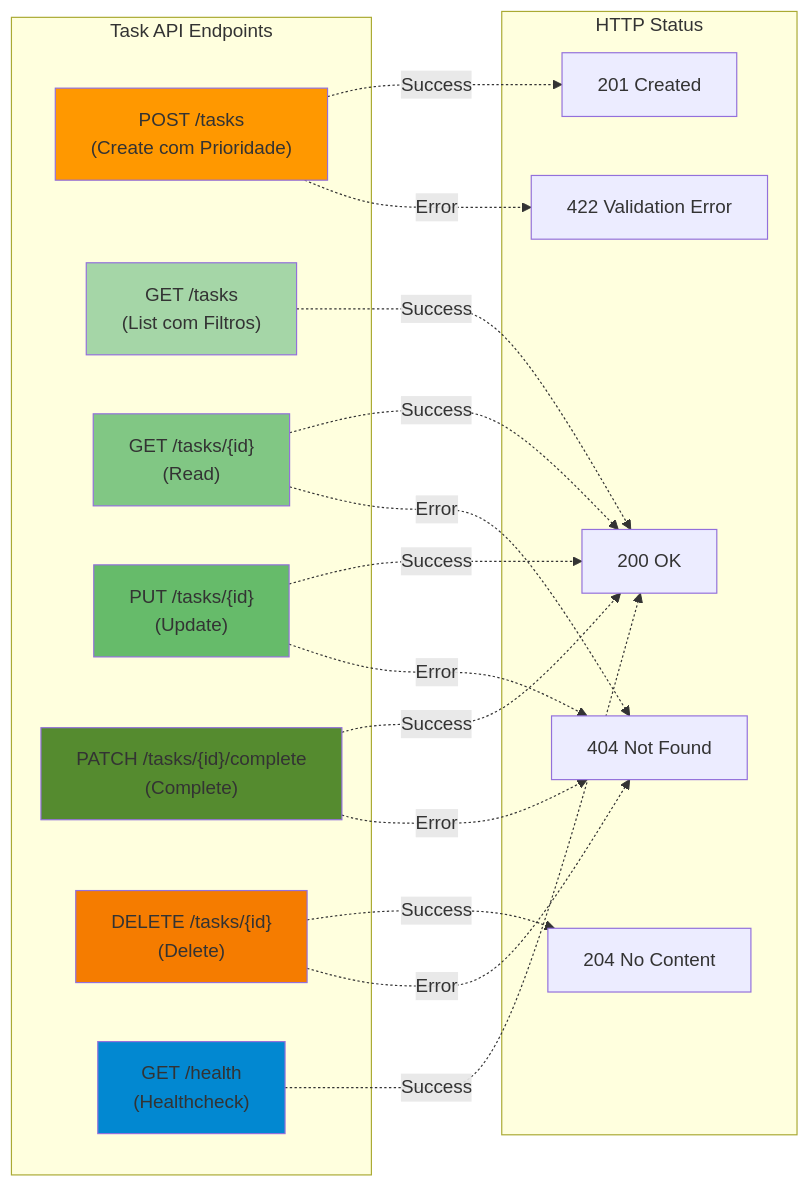
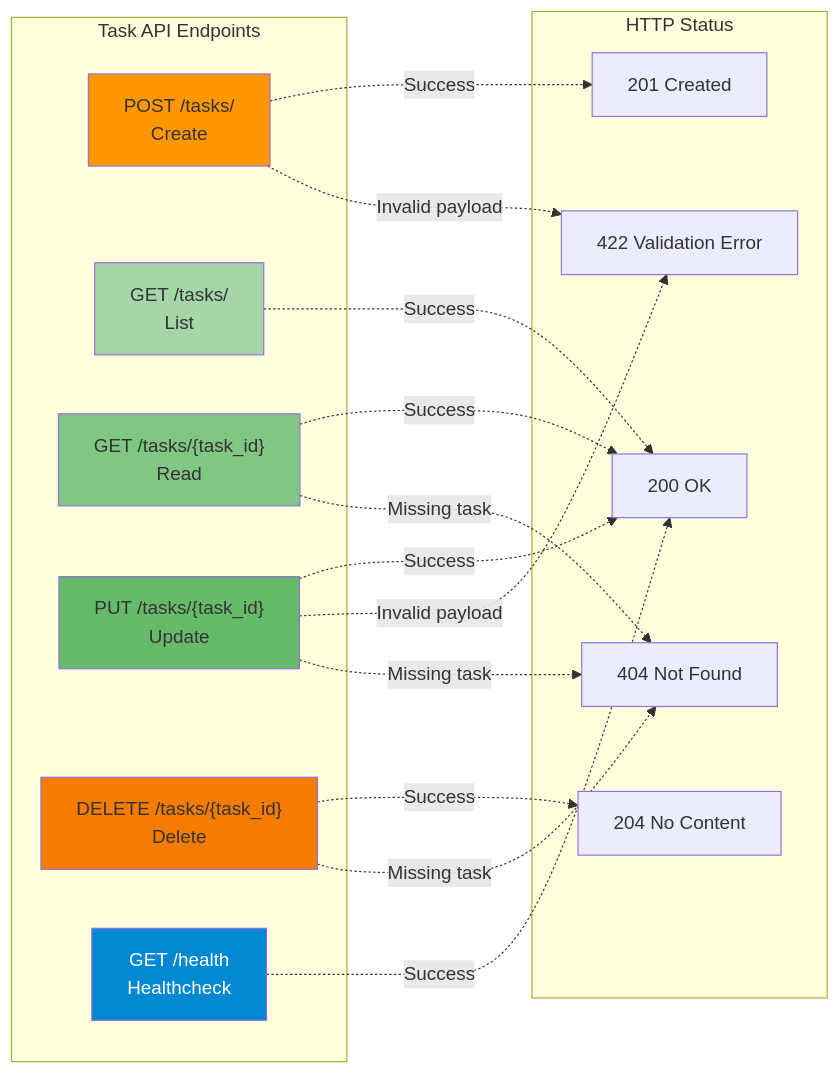
Before and after one commit to aersouza/laboratorio-taskapi: the third of 4 diagrams in docs/diagramas.md, drawn with Mermaid. The commit also changed other lines of this file, not shown here.

Commit message:
docs(diagrams): update in-memory task architecture

````diff
--- a/docs/diagramas.md
+++ b/docs/diagramas.md
@@ -120,42 +106,39 @@
 ```mermaid
 graph LR
     subgraph "Task API Endpoints"
-        POST["POST /tasks<br/>(Create com Prioridade)"]
-        GET["GET /tasks<br/>(List com Filtros)"]
-        GETID["GET /tasks/{id}<br/>(Read)"]
-        PUT["PUT /tasks/{id}<br/>(Update)"]
-        PATCH["PATCH /tasks/{id}/complete<br/>(Complete)"]
-        DELETE["DELETE /tasks/{id}<br/>(Delete)"]
-        HEALTH["GET /health<br/>(Healthcheck)"]
+        POST["POST /tasks/<br/>Create"]
+        GET["GET /tasks/<br/>List"]
+        GETID["GET /tasks/{task_id}<br/>Read"]
+        PUT["PUT /tasks/{task_id}<br/>Update"]
+        DELETE["DELETE /tasks/{task_id}<br/>Delete"]
+        HEALTH["GET /health<br/>Healthcheck"]
     end
 
     subgraph "HTTP Status"
         S201["201 Created"]
         S200["200 OK"]
         S204["204 No Content"]
         S404["404 Not Found"]
         S422["422 Validation Error"]
     end
 
     POST -.->|Success| S201
     GET -.->|Success| S200
     GETID -.->|Success| S200
     PUT -.->|Success| S200
-    PATCH -.->|Success| S200
     DELETE -.->|Success| S204
     HEALTH -.->|Success| S200
-    
-    POST -.->|Error| S422
-    GETID -.->|Error| S404
-    PUT -.->|Error| S404
-    PATCH -.->|Error| S404
-    DELETE -.->|Error| S404
+
+    POST -.->|Invalid payload| S422
+    PUT -.->|Invalid payload| S422
+    GETID -.->|Missing task| S404
+    PUT -.->|Missing task| S404
+    DELETE -.->|Missing task| S404
 
     style POST fill:#ff9800
     style GET fill:#a5d6a7
     style GETID fill:#81c784
     style PUT fill:#66bb6a
-    style PATCH fill:#558b2f
     style DELETE fill:#f57c00
-    style HEALTH fill:#0288d1
+    style HEALTH fill:#0288d1,color:#ffffff
 ```
````
